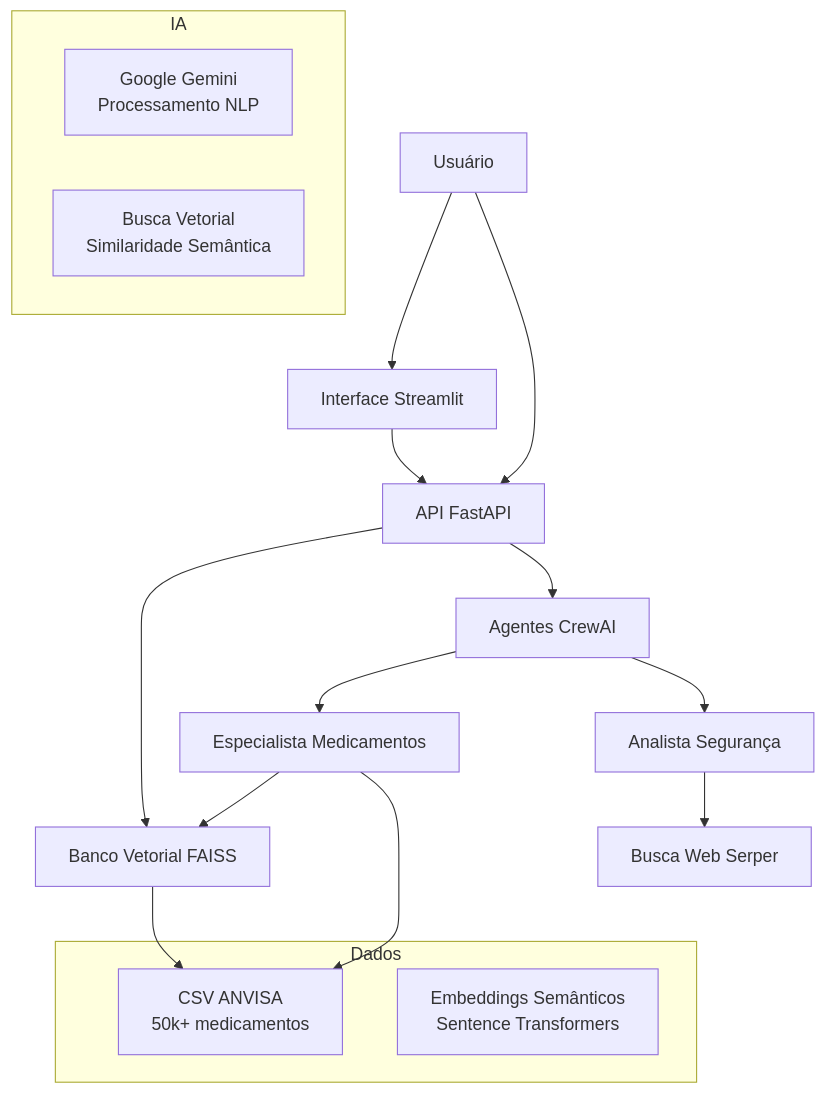
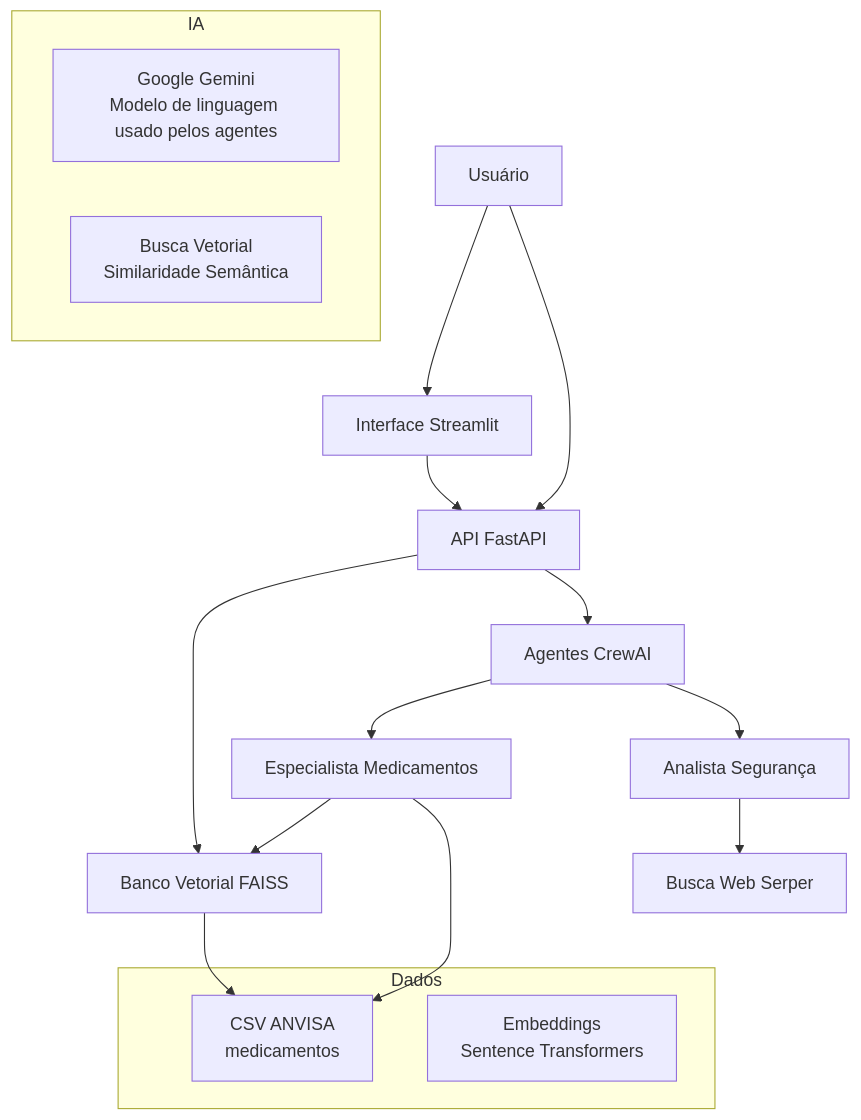
The diagram in README.md (lucascristianoo/MedAI), drawn with Mermaid before and after one commit.

````diff
--- a/README.md
+++ b/README.md
@@ -245,28 +245,28 @@
 ```mermaid
 graph TB
     A[ Usuário] --> B[ Interface Streamlit]
     A --> C[ API FastAPI]
     
     B --> C
     C --> D[ Banco Vetorial FAISS]
     C --> E[ Agentes CrewAI]
     
     E --> F[ Especialista Medicamentos]
     E --> G[ Analista Segurança]
     
     F --> D
     F --> H[ Dados ANVISA]
     G --> I[ Busca Web Serper]
     
     D --> H
     
     subgraph " Dados"
-        H[ CSV ANVISA<br/>50k+ medicamentos]
-        J[ Embeddings Semânticos<br/>Sentence Transformers]
+        H[ CSV ANVISA <br/> medicamentos]
+        J[ Embeddings <br/> Sentence Transformers]
     end
     
     subgraph " IA"
-        K[ Google Gemini<br/>Processamento NLP]
+        K[ Google Gemini<br/>Modelo de linguagem usado pelos agentes]
         L[ Busca Vetorial<br/>Similaridade Semântica]
     end
 ```
````
